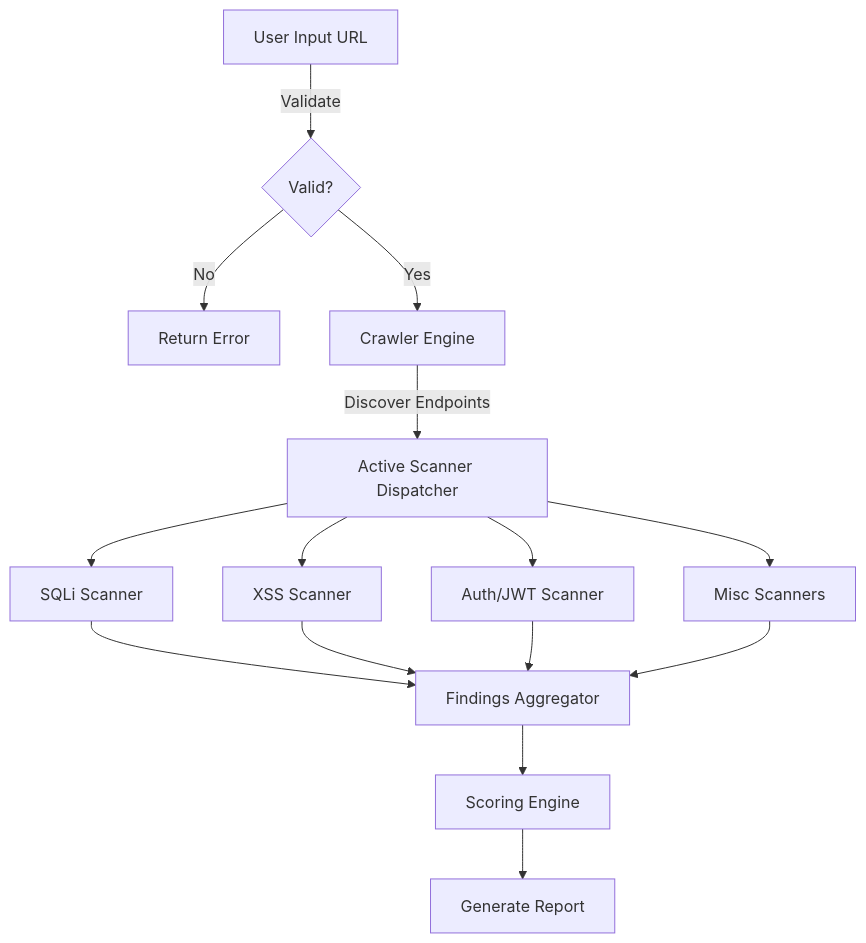
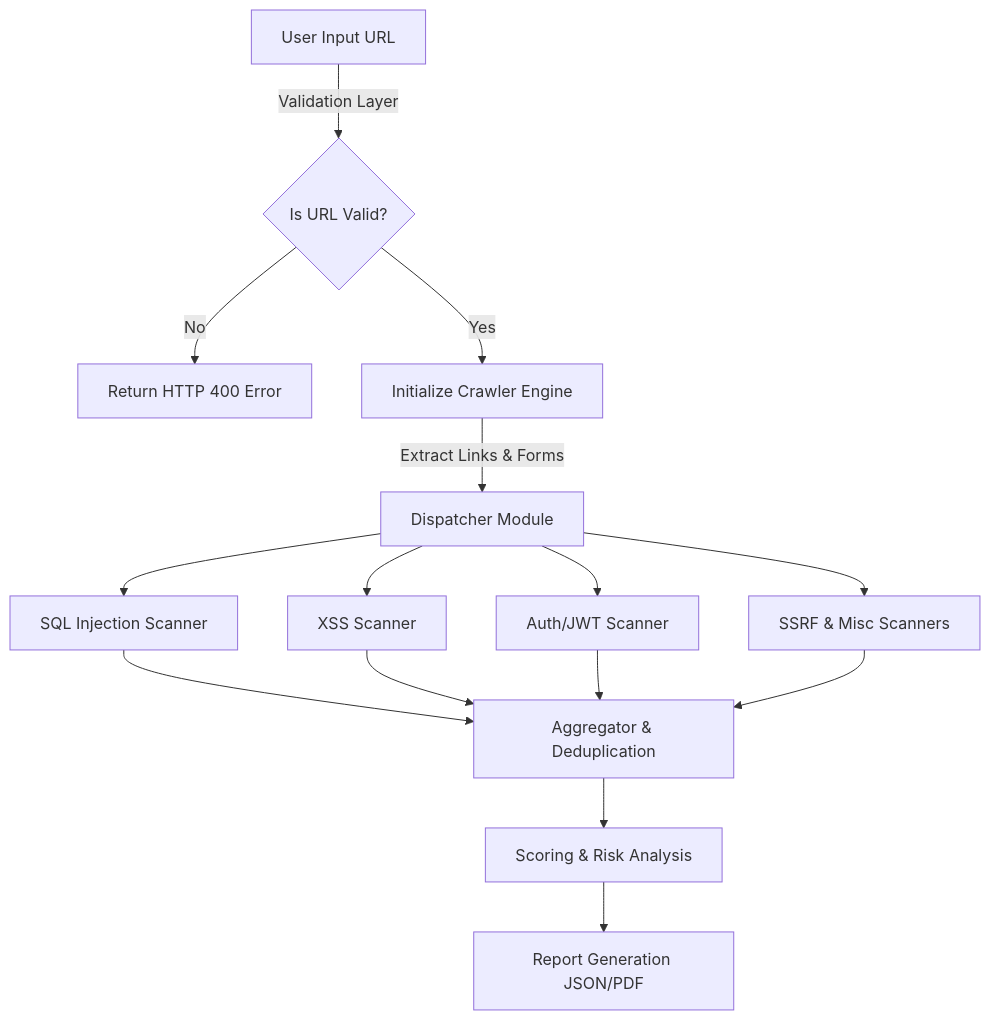
Before and after one commit to Armaan42/SentinelX: the first of 3 diagrams in README.md, drawn with Mermaid. The commit also changed other lines of this file, not shown here.

````diff
--- a/README.md
+++ b/README.md
@@ -36,14 +33,14 @@
 ```mermaid
 graph TD
-    A[User Input URL] -->|Validate| B{Valid?}
-    B -->|No| Z[Return Error]
-    B -->|Yes| C[Crawler Engine]
-    C -->|Discover Endpoints| D[Active Scanner Dispatcher]
-    D --> E[SQLi Scanner]
+    A[User Input URL] -->|Validation Layer| B{Is URL Valid?}
+    B -->|No| Z[Return HTTP 400 Error]
+    B -->|Yes| C[Initialize Crawler Engine]
+    C -->|Extract Links & Forms| D[Dispatcher Module]
+    D --> E[SQL Injection Scanner]
     D --> F[XSS Scanner]
     D --> G[Auth/JWT Scanner]
-    D --> H[Misc Scanners]
-    E & F & G & H --> I[Findings Aggregator]
-    I --> J[Scoring Engine]
-    J --> K[Generate Report]
+    D --> H[SSRF & Misc Scanners]
+    E & F & G & H --> I[Aggregator & Deduplication]
+    I --> J[Scoring & Risk Analysis]
+    J --> K[Report Generation JSON/PDF]
 ```
````
